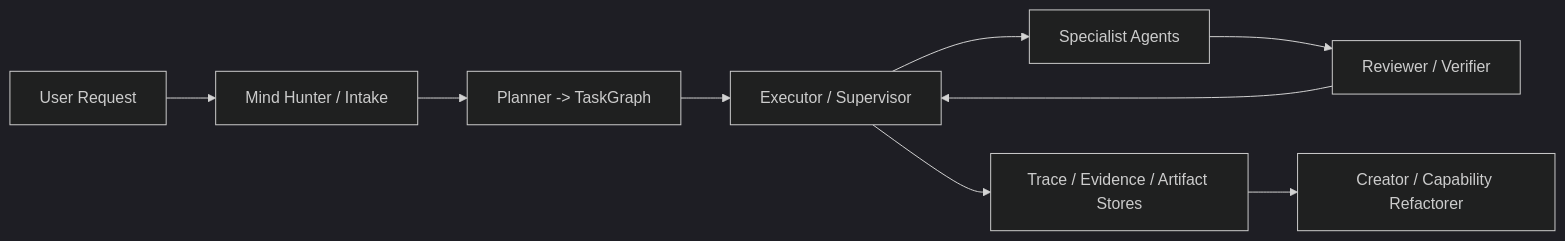
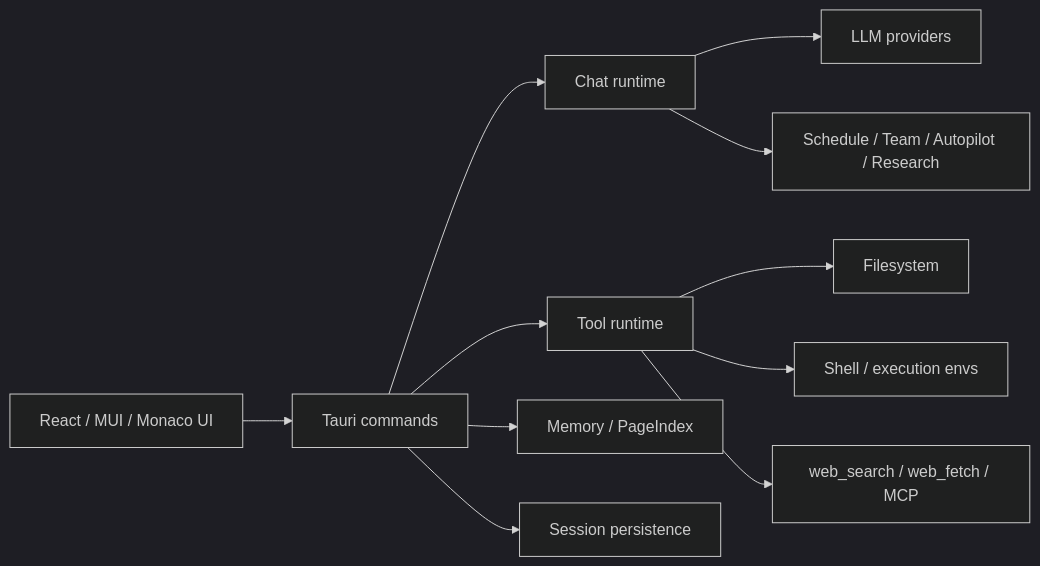
Before and after one commit to dxsbiocc/omiga: the diagram in README.md, drawn with Mermaid (dark theme). The commit also changed other lines of this file and 87 other files, not shown here.

````diff
--- a/README.md
+++ b/README.md
@@ -15,11 +175,13 @@
 ```mermaid
 flowchart LR
-  U["User Request"] --> I["Mind Hunter / Intake"]
-  I --> P["Planner -> TaskGraph"]
-  P --> E["Executor / Supervisor"]
-  E --> S["Specialist Agents"]
-  S --> R["Reviewer / Verifier"]
-  R --> E
-  E --> T["Trace / Evidence / Artifact Stores"]
-  T --> C["Creator / Capability Refactorer"]
+  UI["React / MUI / Monaco UI"] --> Tauri["Tauri commands"]
+  Tauri --> Chat["Chat runtime"]
+  Tauri --> Tools["Tool runtime"]
+  Tauri --> Memory["Memory / PageIndex"]
+  Tauri --> Sessions["Session persistence"]
+  Chat --> LLM["LLM providers"]
+  Tools --> FS["Filesystem"]
+  Tools --> Shell["Shell / execution envs"]
+  Tools --> Web["web_search / web_fetch / MCP"]
+  Chat --> Agents["Schedule / Team / Autopilot / Research"]
 ```
````
